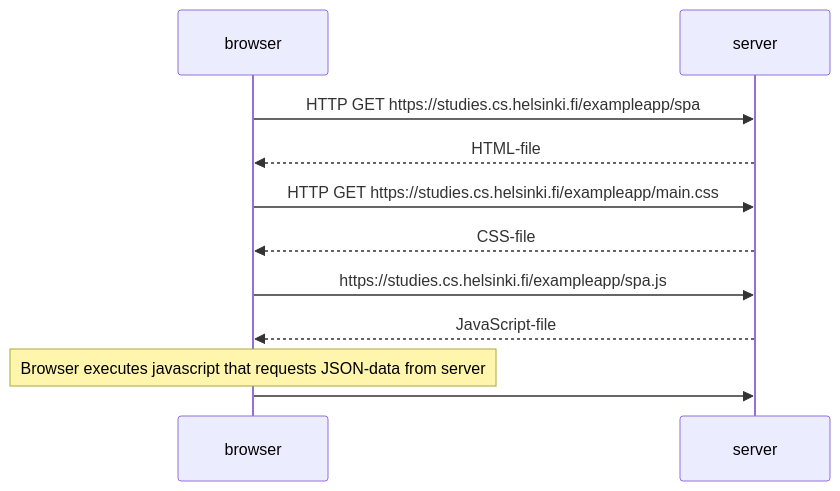
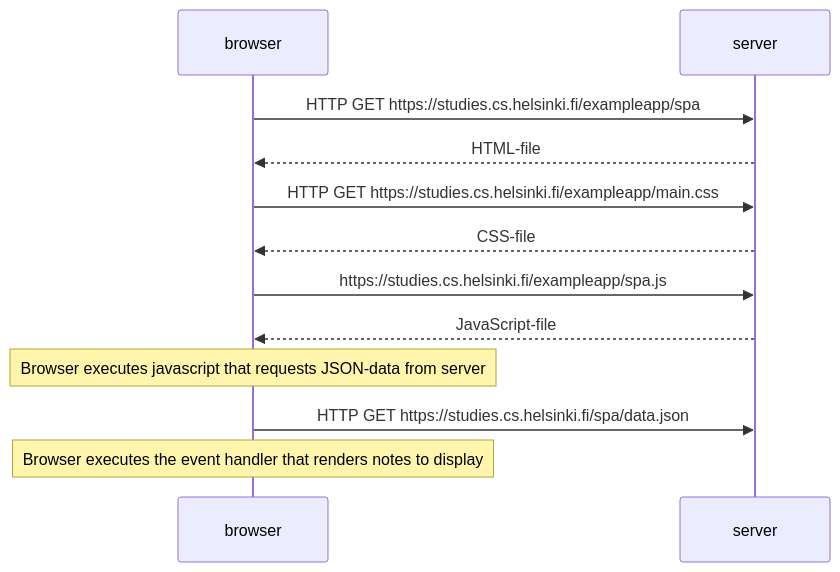
One commit to Lawblo/fullstackopen changed the diagram in exercises/part0/05.md. Above: the diagram before and after it, drawn with Mermaid. The commit also changed other lines of this file and 1 other file, not shown here.

Commit message:
Completed 06

````diff
--- a/exercises/part0/05.md
+++ b/exercises/part0/05.md
@@ -3,11 +5,12 @@
 ```mermaid
 sequenceDiagram
     browser->>server: HTTP GET https://studies.cs.helsinki.fi/exampleapp/spa
     server-->>browser: HTML-file
     browser->>server: HTTP GET https://studies.cs.helsinki.fi/exampleapp/main.css
     server-->>browser: CSS-file
     browser->>server: https://studies.cs.helsinki.fi/exampleapp/spa.js
     server-->>browser: JavaScript-file
     note over browser: Browser executes javascript that requests JSON-data from server
-    browser->>server: 
+    browser->>server: HTTP GET https://studies.cs.helsinki.fi/spa/data.json
+    note over browser: Browser executes the event handler that renders notes to display
 ```
````
